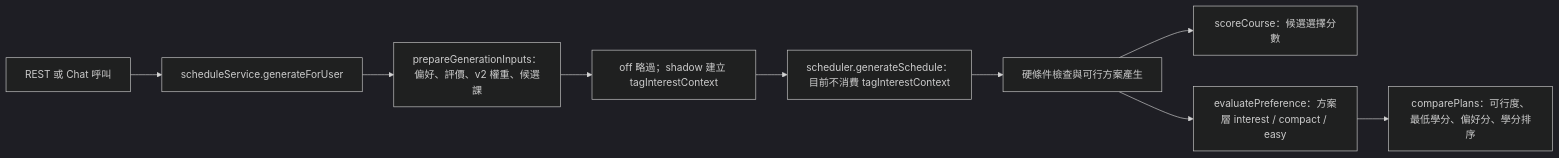
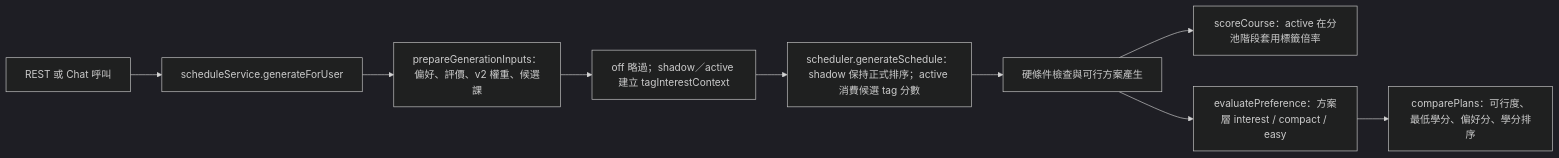
One commit to ert770/course-schedule-planner changed the first of 2 diagrams in docs/PLANS/2026-10-10-rag-tag-interest-v1-stage6-interface-design.md. Above: the diagram before and after it, drawn with Mermaid (dark theme). The commit also changed other lines of this file and 9 other files, not shown here.

````diff
--- a/docs/PLANS/2026-10-10-rag-tag-interest-v1-stage6-interface-design.md
+++ b/docs/PLANS/2026-10-10-rag-tag-interest-v1-stage6-interface-design.md
@@ -28,11 +29,11 @@
 ```mermaid
 flowchart LR
   A[REST 或 Chat 呼叫] --> B[scheduleService.generateForUser]
   B --> C[prepareGenerationInputs：偏好、評價、v2 權重、候選課]
-  C --> C2[off 略過；shadow 建立 tagInterestContext]
-  C2 --> D[scheduler.generateSchedule：目前不消費 tagInterestContext]
+  C --> C2[off 略過；shadow／active 建立 tagInterestContext]
+  C2 --> D[scheduler.generateSchedule：shadow 保持正式排序；active 消費候選 tag 分數]
   D --> E[硬條件檢查與可行方案產生]
-  E --> F[scoreCourse：候選選擇分數]
+  E --> F[scoreCourse：active 在分池階段套用標籤倍率]
   E --> G[evaluatePreference：方案層 interest / compact / easy]
   G --> H[comparePlans：可行度、最低學分、偏好分、學分排序]
 ```
````
